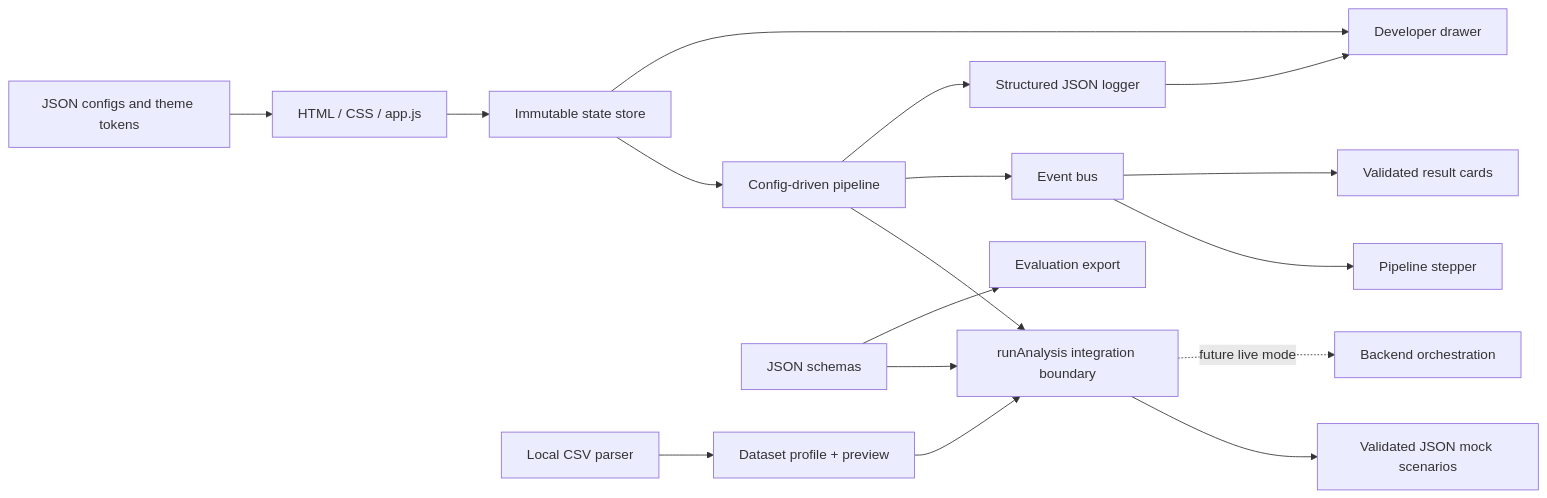
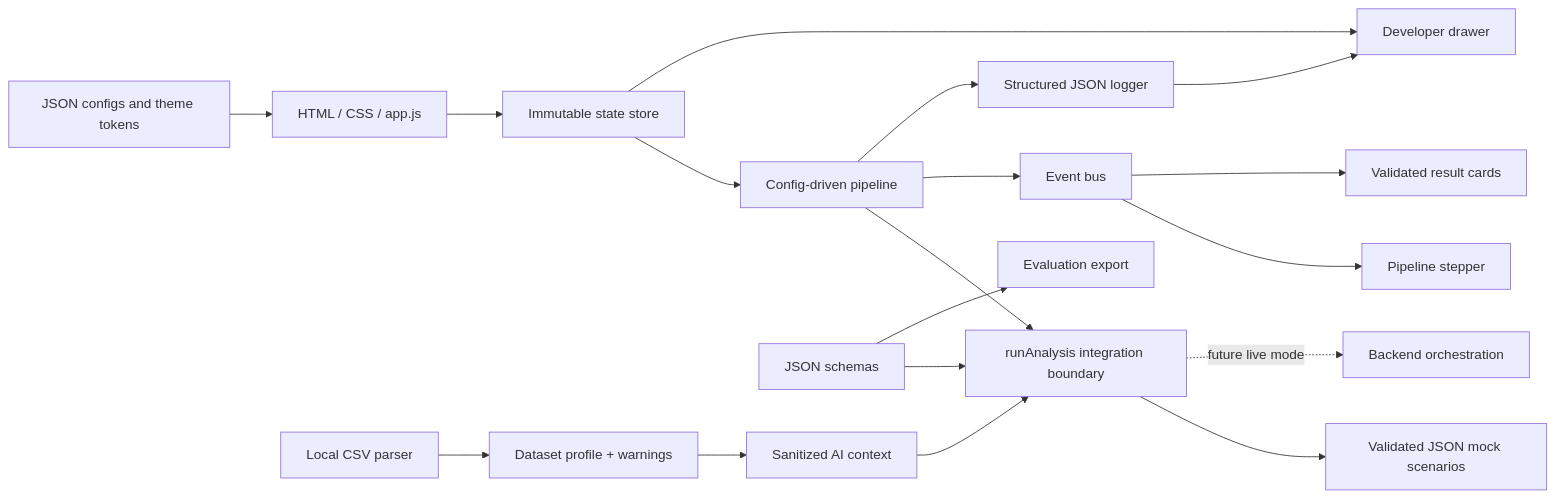
Before and after one commit to aadityajoshi01/AskBase: the diagram in agent4_ui-evaluation/README.md, drawn with Mermaid. The commit also changed other lines of this file and 9 other files, not shown here.

````diff
--- a/agent4_ui-evaluation/README.md
+++ b/agent4_ui-evaluation/README.md
@@ -41,19 +41,20 @@
 ```mermaid
 flowchart LR
   Config[JSON configs and theme tokens] --> UI[HTML / CSS / app.js]
   UI --> Store[Immutable state store]
   Store --> Pipeline[Config-driven pipeline]
   Pipeline --> Adapter[runAnalysis integration boundary]
   Adapter --> Mock[Validated JSON mock scenarios]
   Adapter -. future live mode .-> Backend[Backend orchestration]
   Pipeline --> Bus[Event bus]
   Bus --> Stepper[Pipeline stepper]
   Bus --> Results[Validated result cards]
   Pipeline --> Logger[Structured JSON logger]
   Store --> Developer[Developer drawer]
   Logger --> Developer
-  Upload[Local CSV parser] --> Profile[Dataset profile + preview]
-  Profile --> Adapter
+  Upload[Local CSV parser] --> Profile[Dataset profile + warnings]
+  Profile --> Context[Sanitized AI context]
+  Context --> Adapter
   Schemas[JSON schemas] --> Adapter
   Schemas --> Export[Evaluation export]
 ```
````
